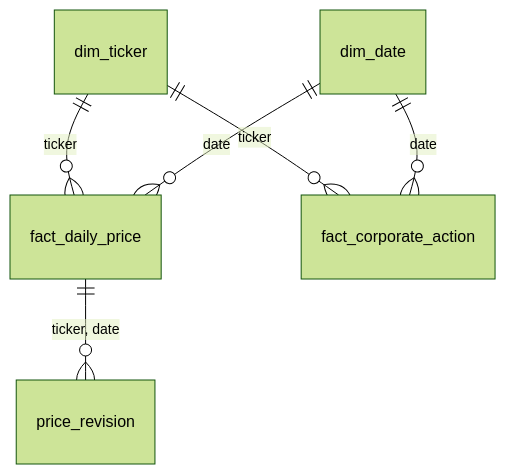
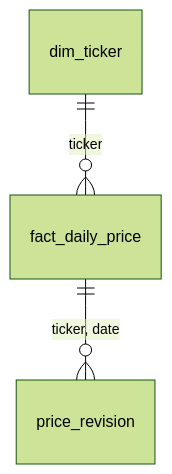
One commit to Soban06/MarketPulse changed the diagram in README.md. Above: the diagram before and after it, drawn with Mermaid (forest theme). The commit also changed other lines of this file, not shown here.

````diff
--- a/README.md
+++ b/README.md
@@ -74,8 +74,5 @@
 ```mermaid
 erDiagram
     dim_ticker ||--o{ fact_daily_price : "ticker"
-    dim_date ||--o{ fact_daily_price : "date"
-    dim_ticker ||--o{ fact_corporate_action : "ticker"
-    dim_date ||--o{ fact_corporate_action : "date"
     fact_daily_price ||--o{ price_revision : "ticker, date"
 ```
````
